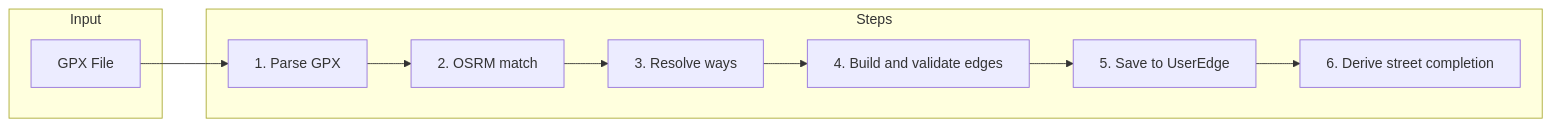
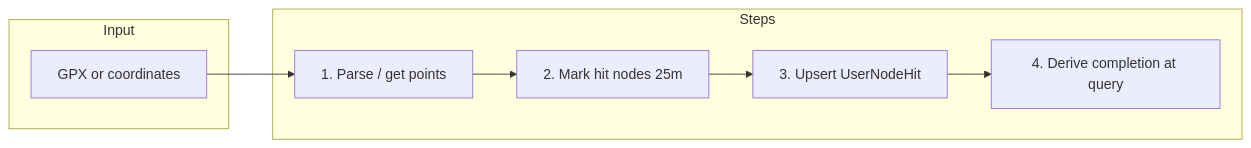
One commit to devevangel/street-keeper-server changed the second of 2 diagrams in src/docs/HOW_ENGINES_WORK.md. Above: the diagram before and after it, drawn with Mermaid. The commit also changed other lines of this file and 52 other files, not shown here.

````diff
--- a/src/docs/HOW_ENGINES_WORK.md
+++ b/src/docs/HOW_ENGINES_WORK.md
@@ -264,20 +245,16 @@
 ```mermaid
 flowchart LR
   subgraph input [Input]
-    GPX2[GPX File]
+    GPX2[GPX or coordinates]
   end
   subgraph steps [Steps]
-    Parse2[1. Parse GPX]
-    OSRM[2. OSRM match]
-    Resolve[3. Resolve ways]
-    Validate[4. Build and validate edges]
-    Save[5. Save to UserEdge]
-    Derive[6. Derive street completion]
+    Parse2[1. Parse / get points]
+    MarkHits[2. Mark hit nodes 25m]
+    Persist[3. Upsert UserNodeHit]
+    Derive[4. Derive completion at query]
   end
   GPX2 --> Parse2
-  Parse2 --> OSRM
-  OSRM --> Resolve
-  Resolve --> Validate
-  Validate --> Save
-  Save --> Derive
+  Parse2 --> MarkHits
+  MarkHits --> Persist
+  Persist --> Derive
 ```
````
